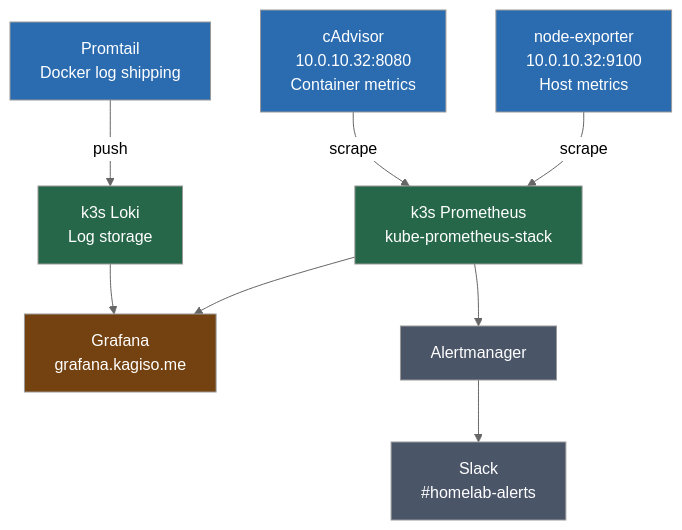
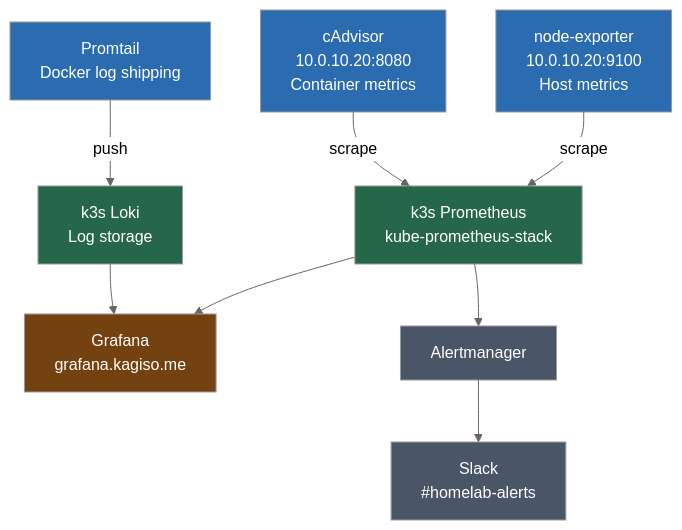
The diagram in docker/docs/04_monitoring_and_logging.md (Kagiso-me/homelab-infrastructure), drawn with Mermaid (neutral theme) before and after one commit. The commit also changed other lines of this file and 46 other files, not shown here.

Commit message:
Retire Raspberry Pi backup guide and transition to varys for key material backup; update TrueNAS documentation for storage architecture; add disaster recovery game day runbook; implement baseline network policies for production namespaces; introduce varys control hub documentation and backup script.

````diff
--- a/docker/docs/04_monitoring_and_logging.md
+++ b/docker/docs/04_monitoring_and_logging.md
@@ -61,28 +61,28 @@
 ```mermaid
 graph TD
-    NE["node-exporter\n10.0.10.32:9100\nHost metrics"]
-    CA["cAdvisor\n10.0.10.32:8080\nContainer metrics"]
+    NE["node-exporter\n10.0.10.20:9100\nHost metrics"]
+    CA["cAdvisor\n10.0.10.20:8080\nContainer metrics"]
     PT["Promtail\nDocker log shipping"]
     PROM["k3s Prometheus\nkube-prometheus-stack"]
     LOKI["k3s Loki\nLog storage"]
     GRAF["Grafana\ngrafana.kagiso.me"]
     AM["Alertmanager"]
     SLACK["Slack\n#homelab-alerts"]
 
     NE -->|scrape| PROM
     CA -->|scrape| PROM
     PT -->|push| LOKI
     PROM --> GRAF
     LOKI --> GRAF
     PROM --> AM
     AM --> SLACK
 
     style NE fill:#2b6cb0,color:#fff
     style CA fill:#2b6cb0,color:#fff
     style PT fill:#2b6cb0,color:#fff
     style PROM fill:#276749,color:#fff
     style LOKI fill:#276749,color:#fff
     style GRAF fill:#744210,color:#fff
     style AM fill:#4a5568,color:#fff
     style SLACK fill:#4a5568,color:#fff
 ```
````
